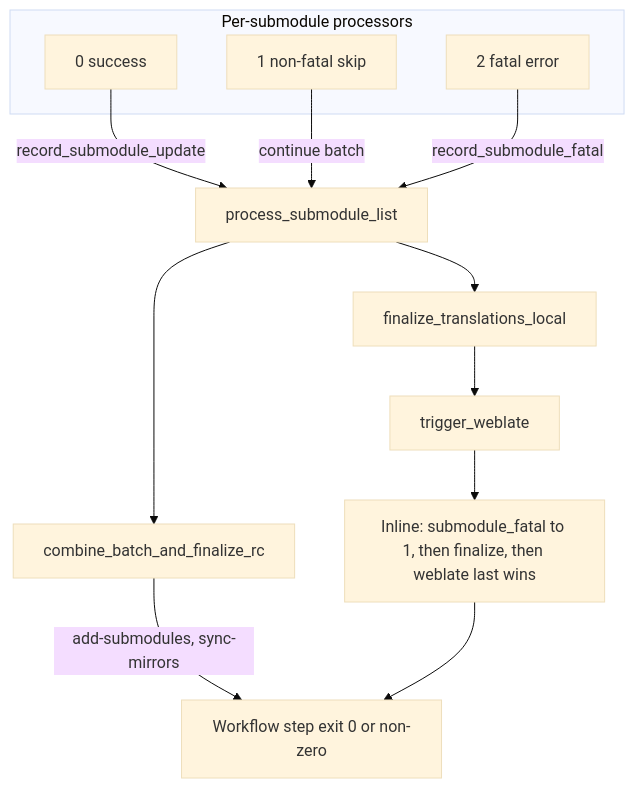
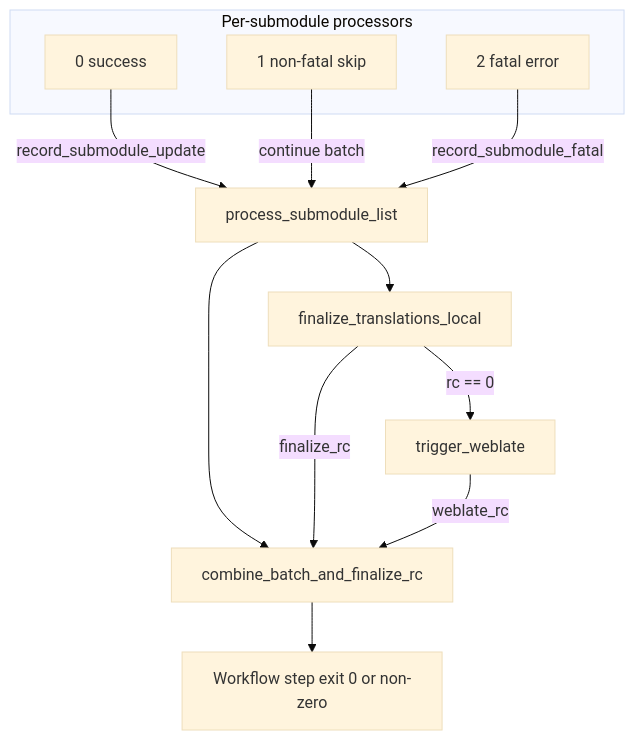
Before and after one commit to cppalliance/boost-docs-translation: the second of 2 diagrams in docs/ARCHITECTURE.md, drawn with Mermaid (base theme). The commit also changed other lines of this file and 21 other files, not shown here.

````diff
--- a/docs/ARCHITECTURE.md
+++ b/docs/ARCHITECTURE.md
@@ -157,22 +157,23 @@
 ```mermaid
 flowchart TD
   subgraph processors [Per-submodule processors]
     A0["0 success"]
     A1["1 non-fatal skip"]
     A2["2 fatal error"]
   end
   PSL[process_submodule_list]
   CB[combine_batch_and_finalize_rc]
   FTL[finalize_translations_local]
   TW[trigger_weblate]
-  Compose["Inline: submodule_fatal to 1, then finalize, then weblate last wins"]
   JobExit["Workflow step exit 0 or non-zero"]
 
   A0 -->|"record_submodule_update"| PSL
   A1 -->|"continue batch"| PSL
   A2 -->|"record_submodule_fatal"| PSL
   PSL --> CB
   PSL --> FTL
-  CB -->|"add-submodules, sync-mirrors"| JobExit
-  FTL --> TW --> Compose --> JobExit
+  FTL -->|"finalize_rc"| CB
+  FTL -->|"rc == 0"| TW
+  TW -->|"weblate_rc"| CB
+  CB --> JobExit
 ```
````
